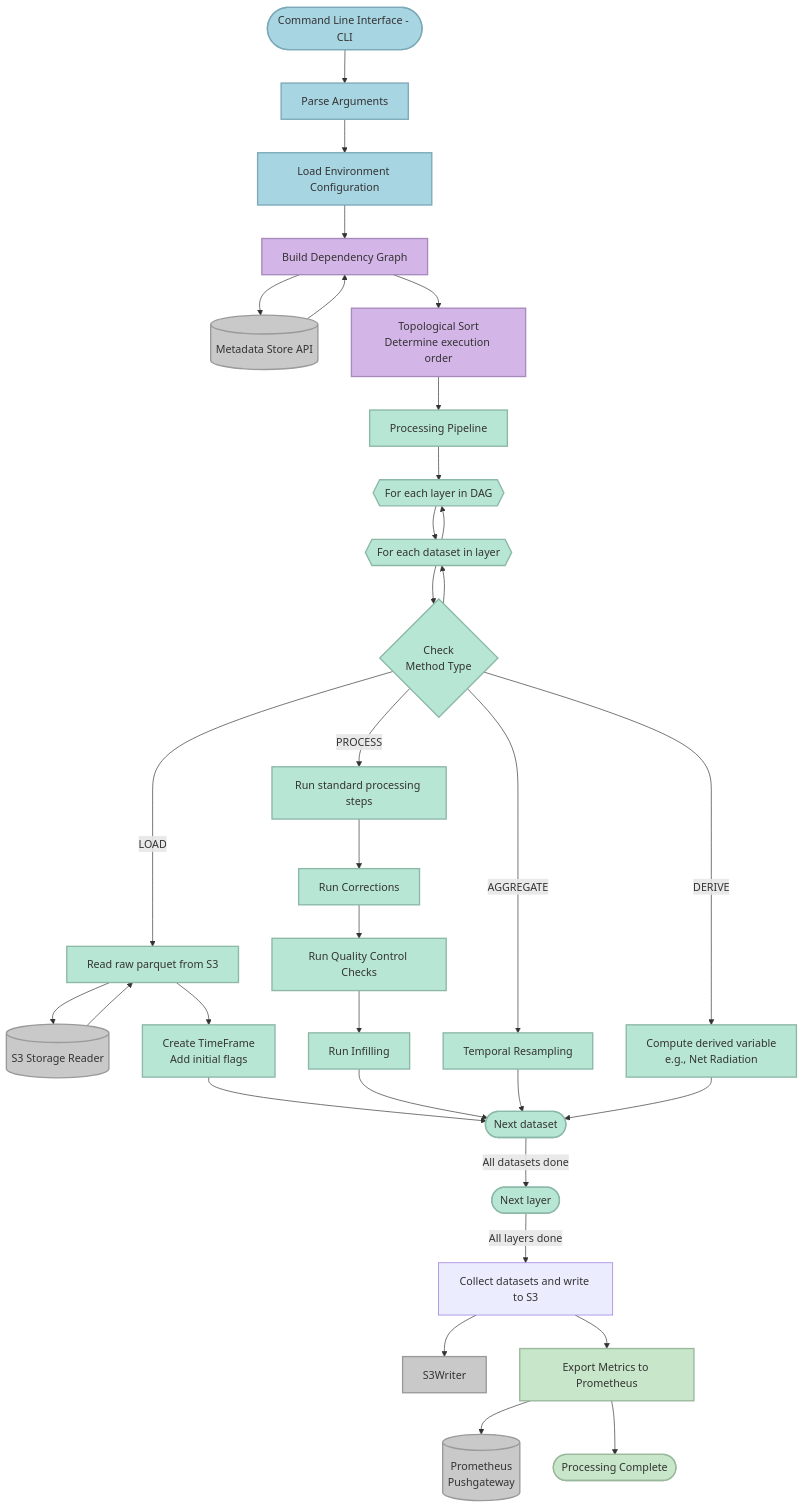
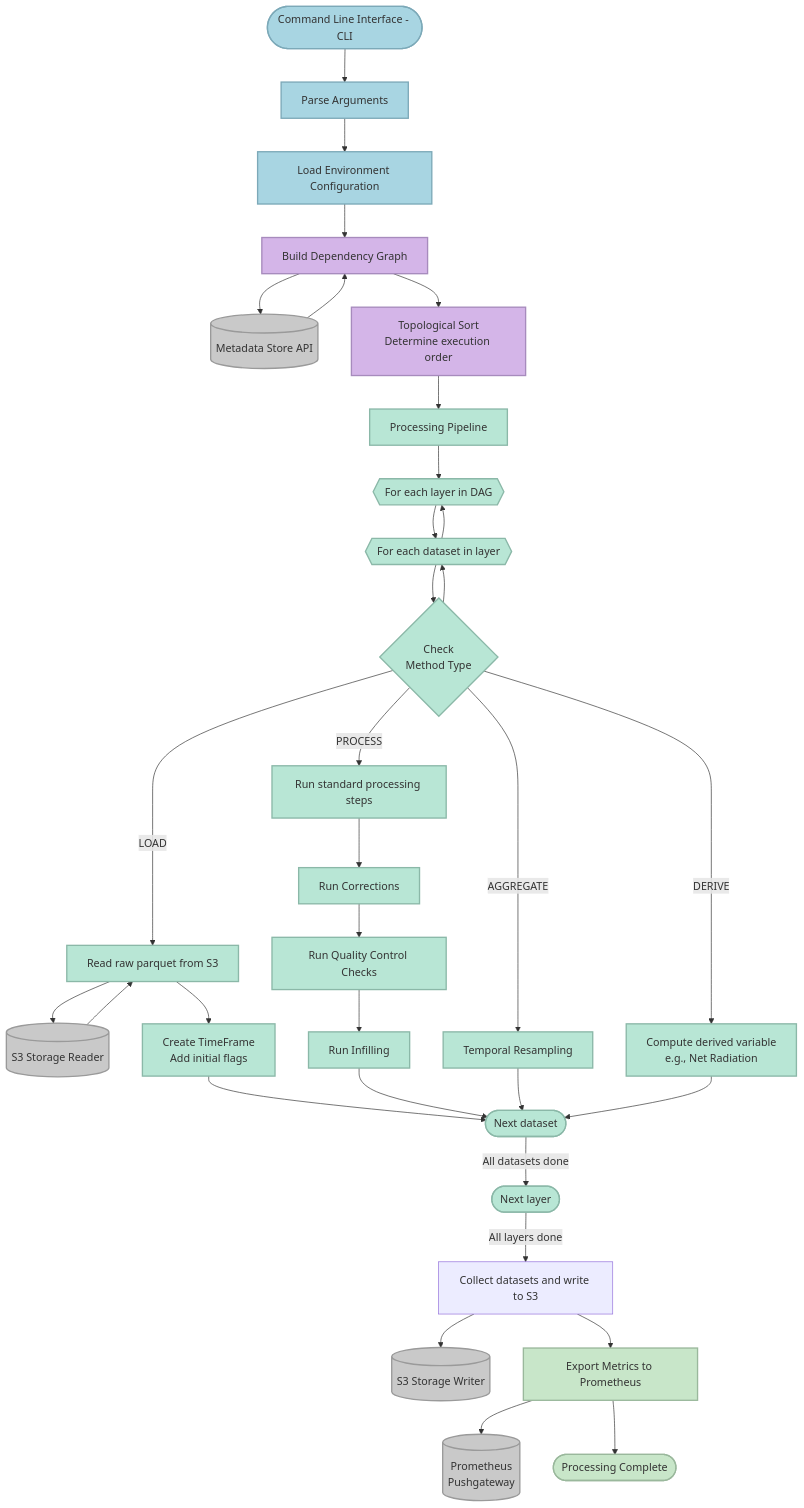
One commit to NERC-CEH/dri-timeseries-processor changed the first of 2 diagrams in docs/architecture.md. Above: the diagram before and after it, drawn with Mermaid.

Commit message:
Update s3writer in mermaid diagram

````diff
--- a/docs/architecture.md
+++ b/docs/architecture.md
@@ -9,57 +9,57 @@
 ```mermaid
 flowchart TD
 Start([Command Line Interface - CLI]) --> Parse[Parse Arguments]
 Parse --> LoadConfig[Load Environment Configuration]
 
 LoadConfig --> BuildDAG[Build Dependency Graph]
 BuildDAG --> MetaAPI[(Metadata Store API)]
 MetaAPI --> BuildDAG
 BuildDAG --> TopoSort[Topological Sort<br/>Determine execution order]
 
 TopoSort --> Pipeline[Processing Pipeline]
 Pipeline --> StartLayer{{For each layer in DAG}}
 StartLayer --> StartProc{{For each dataset in layer}}
 StartProc --> StartLayer
 
 StartProc --> CheckMethod{Check<br/>Method Type}
 CheckMethod --> StartProc
 
 CheckMethod -->|LOAD| LoadRaw[Read raw parquet from S3]
 LoadRaw --> S3Reader[(S3 Storage Reader)]
 S3Reader --> LoadRaw
 LoadRaw --> CreateTF[Create TimeFrame<br/>Add initial flags]
 CreateTF --> NextDataset
 
 CheckMethod -->|PROCESS| Process[Run standard processing steps]
 Process --> RunCorr[Run Corrections]
 RunCorr --> RunQC[Run Quality Control Checks]
 RunQC --> RunInfill[Run Infilling]
 RunInfill --> NextDataset
 
 CheckMethod -->|AGGREGATE| Resample[Temporal Resampling]
 Resample --> NextDataset
 
 CheckMethod -->|DERIVE| Compute[Compute derived variable<br/>e.g., Net Radiation]
 Compute --> NextDataset
 
 NextDataset([Next dataset])
 NextDataset -->|All datasets done| NextLayer
 NextLayer([Next layer])
 NextLayer -->|All layers done| SaveDatasets[Collect datasets and write to S3]
-SaveDatasets --> S3Writer
+SaveDatasets --> S3Writer[(S3 Storage Writer)]
 SaveDatasets --> ExportMetrics[Export Metrics to Prometheus]
 ExportMetrics --> PrometheusGW[(Prometheus<br/>Pushgateway)]
 ExportMetrics --> Done([Processing Complete])
 
 classDef setup fill:#A8D5E2,stroke:#7CA9B8,stroke-width:2px
 classDef orchestration fill:#D4B5E8,stroke:#A78BBD,stroke-width:2px
 classDef processing fill:#B8E6D5,stroke:#8BB8A8,stroke-width:2px
 classDef storage fill:#C9C9C9,stroke:#9A9A9A,stroke-width:2px
 classDef completion fill:#C8E6C9,stroke:#9AB89C,stroke-width:2px
 
 class Start,Parse,LoadConfig setup
 class BuildDAG,TopoSort, orchestration
 class Pipeline,CheckMethod,StartLayer,StartProc,LoadRaw,CreateTF,Process,RunCorr,RunQC,RunInfill,Resample,Compute,SaveProc,SaveAgg,SaveDeriv,NextDataset,NextLayer processing
 class MetaAPI,S3Reader,S3Writer,PrometheusGW storage
 class ExportMetrics,Done completion
 ```
````
